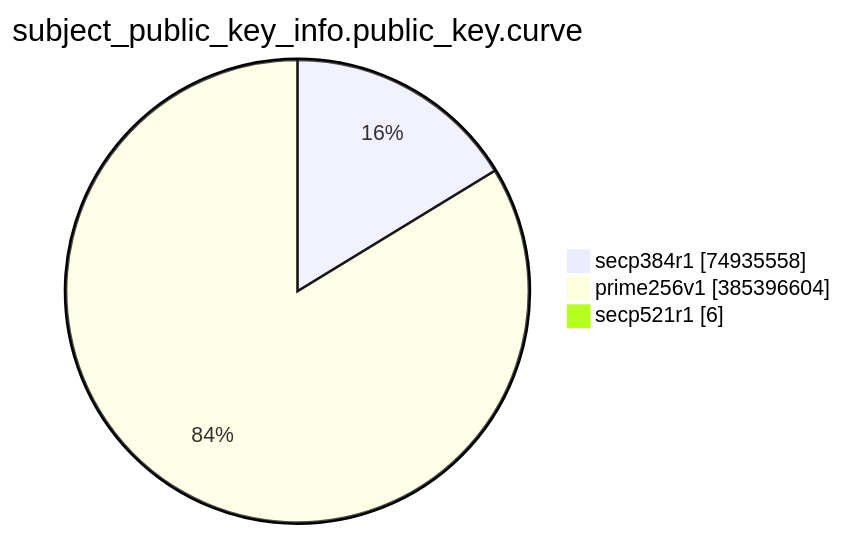
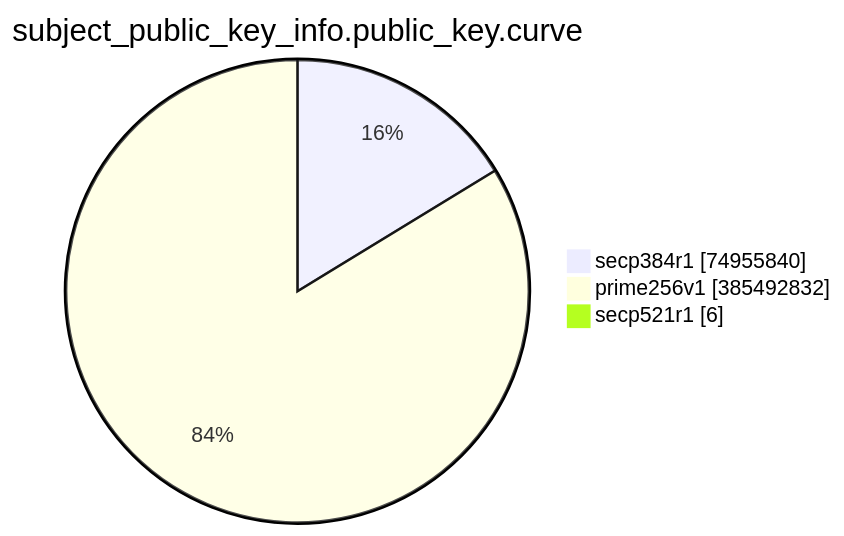
The eighth of 15 diagrams in TOTAL/README.md (christiankrug/ctmonitor_visualization), drawn with Mermaid before and after one commit. The commit also changed other lines of this file, not shown here.

````diff
--- a/TOTAL/README.md
+++ b/TOTAL/README.md
@@ -3094,7 +3094,7 @@
 ```mermaid
 pie showData
 title subject_public_key_info.public_key.curve
-"secp384r1" :74935558
-"prime256v1" :385396604
+"secp384r1" :74955840
+"prime256v1" :385492832
 "secp521r1" :6
 ```
````
